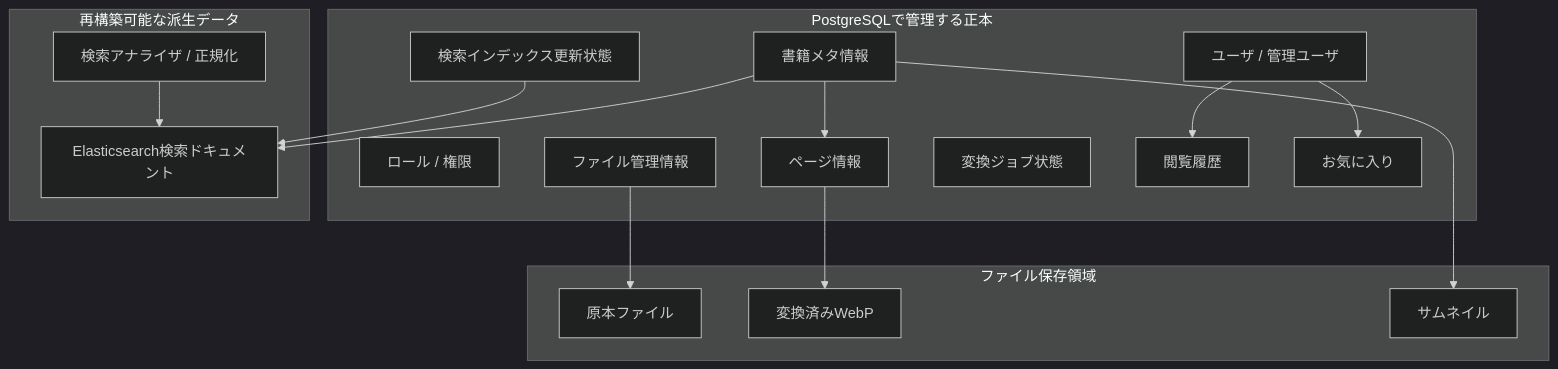
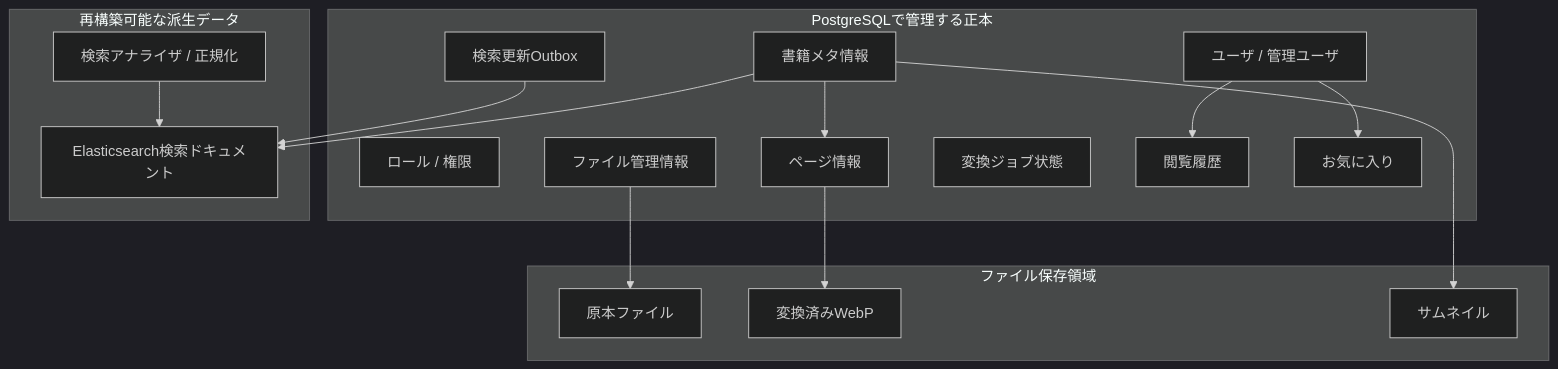
Before and after one commit to dommyttdev/book-viewer: the fifth of 5 diagrams in doc/03_architecture/01_system_overview.md, drawn with Mermaid (dark theme). The commit also changed other lines of this file and 15 other files, not shown here.

````diff
--- a/doc/03_architecture/01_system_overview.md
+++ b/doc/03_architecture/01_system_overview.md
@@ -318,35 +326,35 @@
 ```mermaid
 flowchart TB
   subgraph truth["PostgreSQLで管理する正本"]
     users["ユーザ / 管理ユーザ"]
     permissions["ロール / 権限"]
     books["書籍メタ情報"]
     files["ファイル管理情報"]
     pages["ページ情報"]
     jobs["変換ジョブ状態"]
     history["閲覧履歴"]
     favorites["お気に入り"]
-    indexState["検索インデックス更新状態"]
+    indexState["検索更新Outbox"]
   end
 
   subgraph derived["再構築可能な派生データ"]
     esDocs["Elasticsearch検索ドキュメント"]
     esAnalyzer["検索アナライザ / 正規化"]
   end
 
   subgraph assets["ファイル保存領域"]
     originals["原本ファイル"]
     webp["変換済みWebP"]
     thumbnails["サムネイル"]
   end
 
   books --> esDocs
   users --> history
   users --> favorites
   books --> pages
   files --> originals
   pages --> webp
   books --> thumbnails
   indexState --> esDocs
   esAnalyzer --> esDocs
 ```
````
